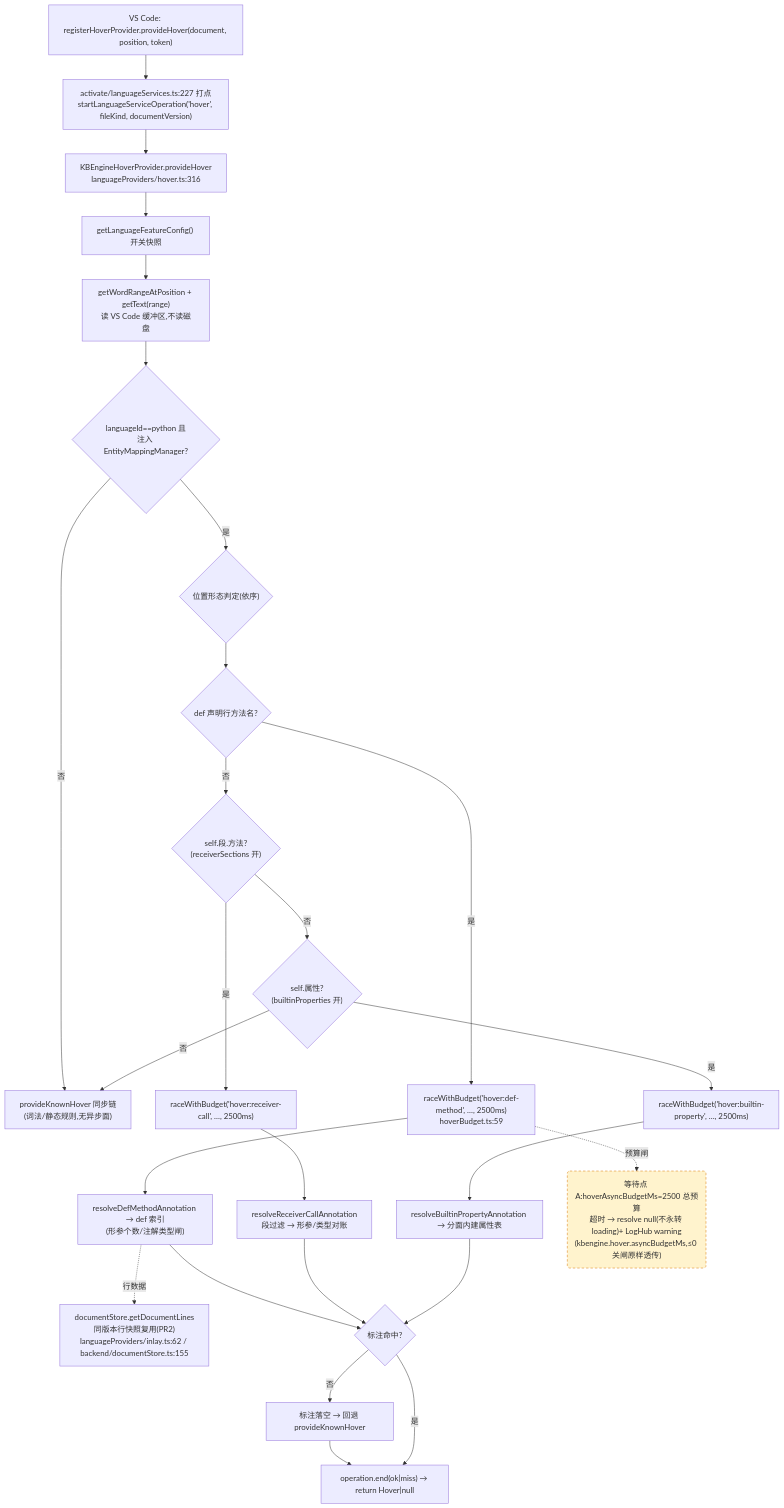
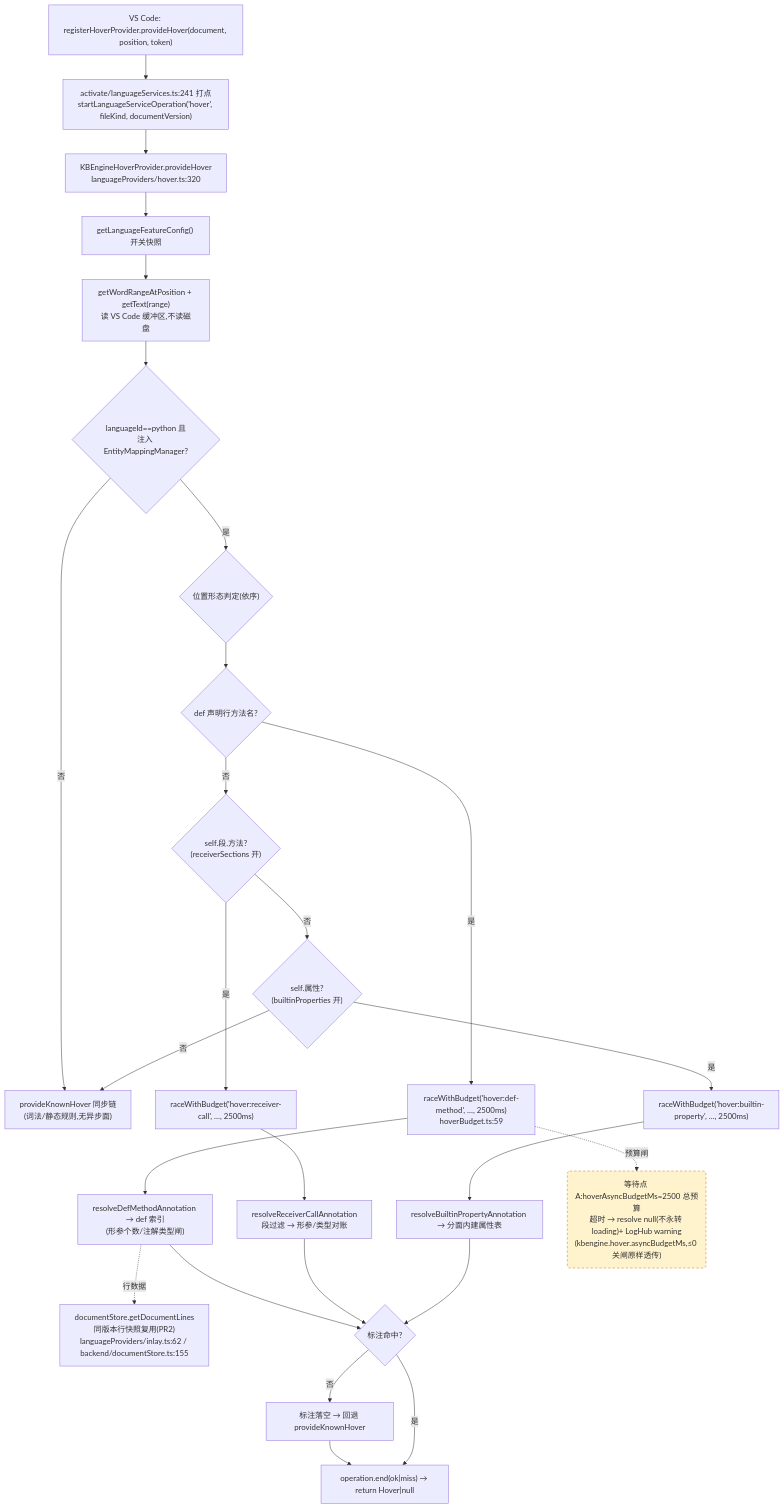
Before and after one commit to cuihairu/kode: the first of 4 diagrams in docs/perf/2026-baseline.md, drawn with Mermaid. The commit also changed other lines of this file and 6 other files, not shown here.

````diff
--- a/docs/perf/2026-baseline.md
+++ b/docs/perf/2026-baseline.md
@@ -112,45 +113,45 @@
 ```mermaid
 flowchart TD
   VC1["VS Code: registerHoverProvider.provideHover(document, position, token)"]
-  M1["activate/languageServices.ts:227 打点<br/>startLanguageServiceOperation('hover', fileKind, documentVersion)"]
-  HP["KBEngineHoverProvider.provideHover<br/>languageProviders/hover.ts:316"]
+  M1["activate/languageServices.ts:241 打点<br/>startLanguageServiceOperation('hover', fileKind, documentVersion)"]
+  HP["KBEngineHoverProvider.provideHover<br/>languageProviders/hover.ts:320"]
   CFG["getLanguageFeatureConfig() 开关快照"]
   WORD["getWordRangeAtPosition + getText(range)<br/>读 VS Code 缓冲区,不读磁盘"]
   BR{"languageId==python 且<br/>注入 EntityMappingManager?"}
   KN["provideKnownHover 同步链<br/>(词法/静态规则,无异步面)"]
   POS{"位置形态判定(依序)"}
   D1{"def 声明行方法名?"}
   D2{"self.段.方法?<br/>(receiverSections 开)"}
   D3{"self.属性?<br/>(builtinProperties 开)"}
   RA1["raceWithBudget('hover:def-method', …, 2500ms)<br/>hoverBudget.ts:59"]
   RA2["raceWithBudget('hover:receiver-call', …, 2500ms)"]
   RA3["raceWithBudget('hover:builtin-property', …, 2500ms)"]
   RS1["resolveDefMethodAnnotation → def 索引<br/>(形参个数/注解类型闸)"]
   RS2["resolveReceiverCallAnnotation<br/>段过滤 → 形参/类型对账"]
   RS3["resolveBuiltinPropertyAnnotation → 分面内建属性表"]
   LINES["documentStore.getDocumentLines<br/>同版本行快照复用(PR2)<br/>languageProviders/inlay.ts:62 / backend/documentStore.ts:155"]
   MISS["标注落空 → 回退 provideKnownHover"]
   END1["operation.end(ok|miss) → return Hover|null"]
 
   VC1 --> M1 --> HP --> CFG --> WORD --> BR
   BR -- "否" --> KN
   BR -- "是" --> POS --> D1
   D1 -- "是" --> RA1 --> RS1
   D1 -- "否" --> D2
   D2 -- "是" --> RA2 --> RS2
   D2 -- "否" --> D3
   D3 -- "是" --> RA3 --> RS3
   D3 -- "否" --> KN
   RS1 --> HIT{"标注命中?"}
   RS2 --> HIT
   RS3 --> HIT
   RS1 -.->|行数据| LINES
   HIT -- "否" --> MISS --> END1
   HIT -- "是" --> END1
 
   WAITA("等待点 A:hoverAsyncBudgetMs=2500 总预算<br/>超时 → resolve null(不永转 loading)+ LogHub warning<br/>(kbengine.hover.asyncBudgetMs,≤0 关闸原样透传)")
   RA1 -.->|预算闸| WAITA
 
   classDef waitPoint fill:#fff3cd,stroke:#d97706,stroke-dasharray:5 4;
   class WAITA waitPoint;
 ```
````
